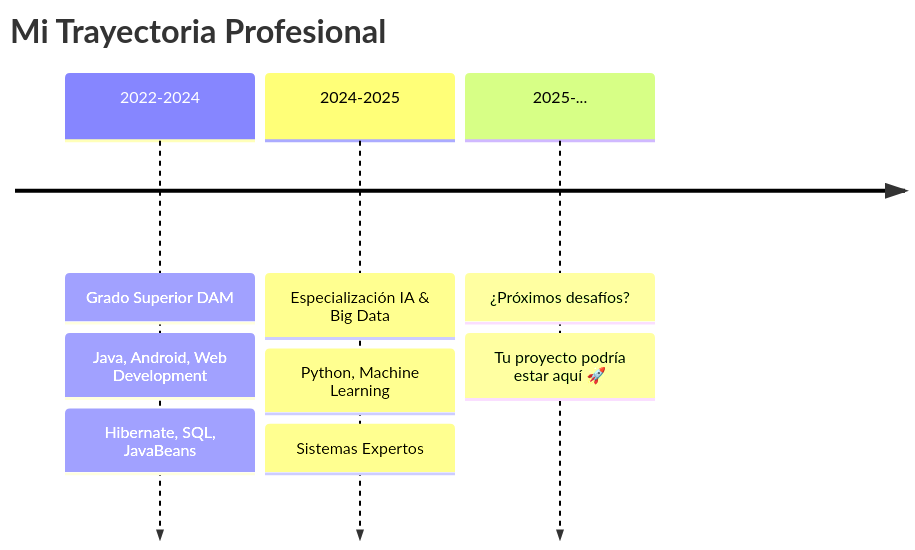
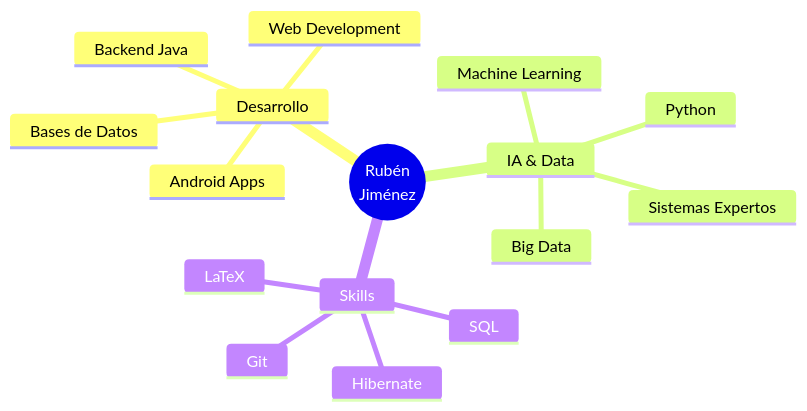
The diagram in README.md (RJL08/RJL08), drawn with Mermaid before and after one commit. The commit also changed other lines of this file, not shown here.

````diff
--- a/README.md
+++ b/README.md
@@ -15,12 +157,19 @@
 ```mermaid
-timeline
-    title Mi Trayectoria Profesional
-    2022-2024 : Grado Superior DAM
-              : Java, Android, Web Development
-              : Hibernate, SQL, JavaBeans
-    2024-2025 : Especialización IA & Big Data
-              : Python, Machine Learning
-              : Sistemas Expertos
-    2025-... : ¿Próximos desafíos?
-             : Tu proyecto podría estar aquí 🚀
+mindmap
+  root((Rubén<br/>Jiménez))
+    Desarrollo
+      Backend Java
+      Android Apps
+      Web Development
+      Bases de Datos
+    IA & Data
+      Python
+      Machine Learning
+      Sistemas Expertos
+      Big Data
+    Skills
+      Hibernate
+      SQL
+      Git
+      LaTeX
 ```
````
